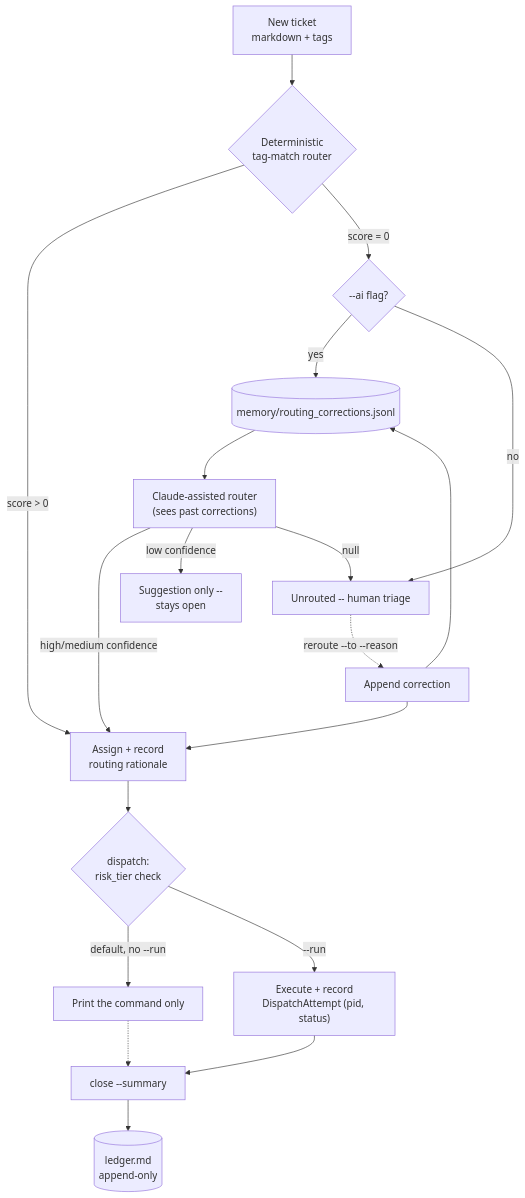
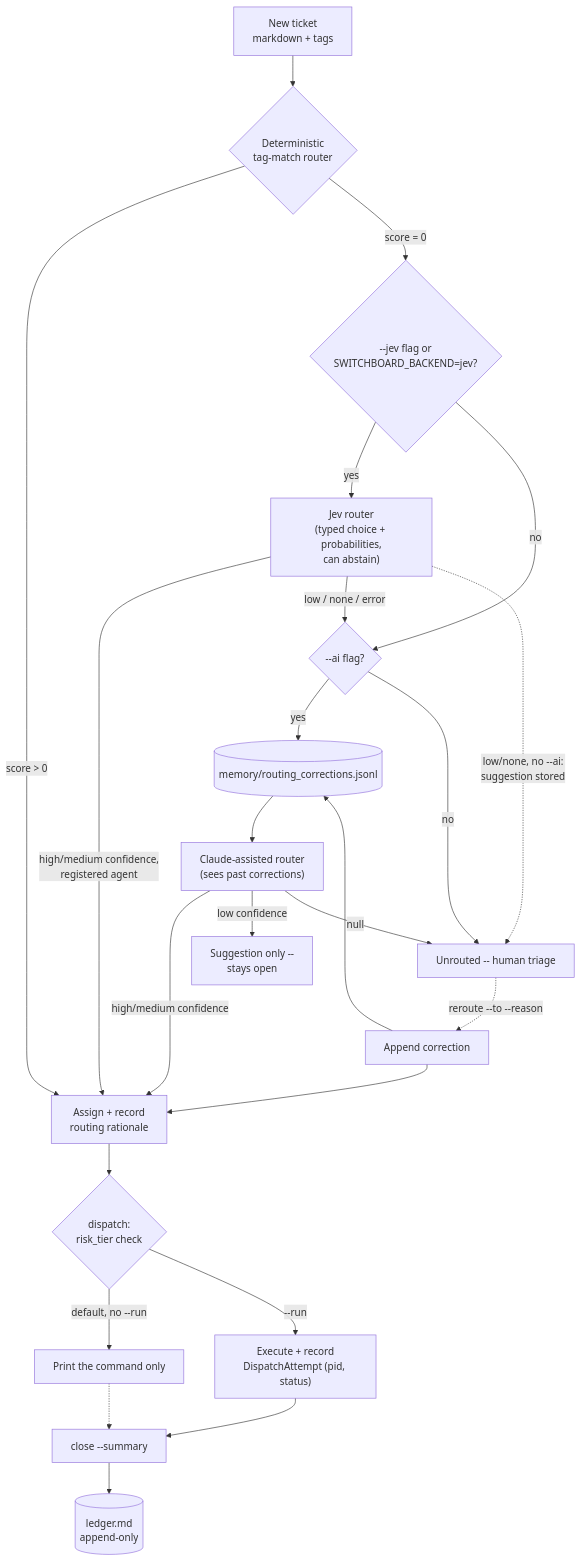
The diagram in README.md (PlainJane20/switchboard), drawn with Mermaid before and after one commit. The commit also changed other lines of this file and 4 other files, not shown here.

First line of the commit message:
Add Jev routing backend between deterministic router and Claude fallback (#2)

````diff
--- a/README.md
+++ b/README.md
@@ -120,21 +120,26 @@
 ```mermaid
 flowchart TD
     Ticket["New ticket<br/>markdown + tags"] --> Router{"Deterministic<br/>tag-match router"}
     Router -->|"score > 0"| Assign["Assign + record<br/>routing rationale"]
-    Router -->|"score = 0"| AIGate{"--ai flag?"}
+    Router -->|"score = 0"| JevGate{"--jev flag or<br/>SWITCHBOARD_BACKEND=jev?"}
+    JevGate -->|yes| Jev["Jev router<br/>(typed choice + probabilities,<br/>can abstain)"]
+    JevGate -->|no| AIGate
+    Jev -->|"high/medium confidence,<br/>registered agent"| Assign
+    Jev -->|"low / none / error"| AIGate{"--ai flag?"}
+    Jev -.->|"low/none, no --ai:<br/>suggestion stored"| Human
     AIGate -->|yes| Memory[("memory/routing_corrections.jsonl")]
     Memory --> AIRouter["Claude-assisted router<br/>(sees past corrections)"]
     AIGate -->|no| Human["Unrouted -- human triage"]
     AIRouter -->|"high/medium confidence"| Assign
     AIRouter -->|"low confidence"| Suggest["Suggestion only --<br/>stays open"]
     AIRouter -->|"null"| Human
     Human -.->|"reroute --to --reason"| Correction["Append correction"]
     Correction --> Memory
     Correction --> Assign
     Assign --> Dispatch{"dispatch:<br/>risk_tier check"}
     Dispatch -->|"default, no --run"| Print["Print the command only"]
     Dispatch -->|"--run"| Run["Execute + record<br/>DispatchAttempt (pid, status)"]
     Print -.-> Close["close --summary"]
     Run --> Close
     Close --> Ledger[("ledger.md<br/>append-only")]
 ```
````
